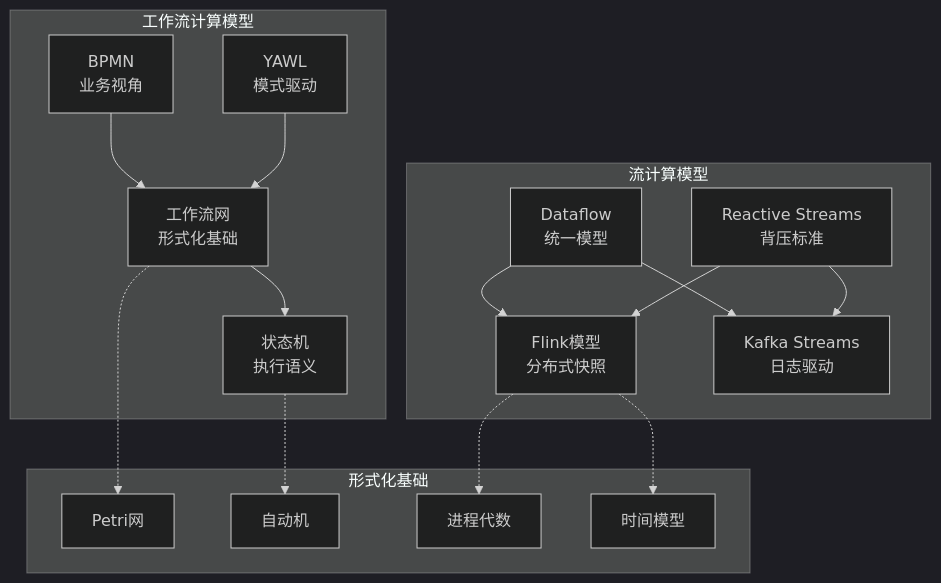
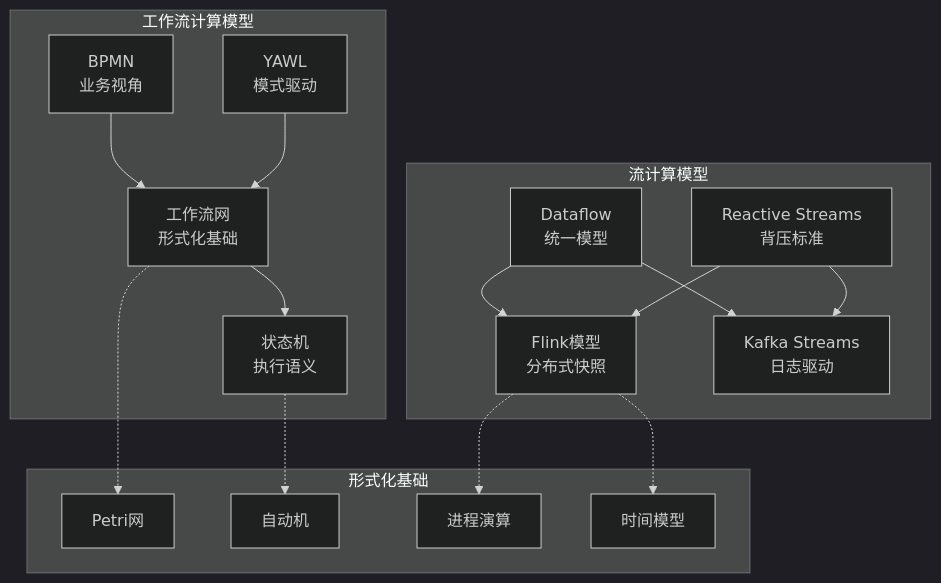
One commit to AdaMartin18010/AnalysisDataFlow changed the second of 5 diagrams in formal-methods/COMPARISON-WORKFLOW-VS-STREAM.md. Above: the diagram before and after it, drawn with Mermaid (dark theme). The commit also changed other lines of this file and 129 other files, not shown here.

````diff
--- a/formal-methods/COMPARISON-WORKFLOW-VS-STREAM.md
+++ b/formal-methods/COMPARISON-WORKFLOW-VS-STREAM.md
@@ -325,37 +325,37 @@
 ```mermaid
 graph TB
     subgraph "工作流计算模型"
     BPMN[BPMN<br/>业务视角]
     YAWL[YAWL<br/>模式驱动]
     PetriWF[工作流网<br/>形式化基础]
     StateWF[状态机<br/>执行语义]
 
     BPMN --> PetriWF
     YAWL --> PetriWF
     PetriWF --> StateWF
     end
 
     subgraph "流计算模型"
     Dataflow[Dataflow<br/>统一模型]
     FlinkML[Flink模型<br/>分布式快照]
     KafkaStreams[Kafka Streams<br/>日志驱动]
     Reactive[Reactive Streams<br/>背压标准]
 
     Dataflow --> FlinkML
     Dataflow --> KafkaStreams
     Reactive --> FlinkML
     Reactive --> KafkaStreams
     end
 
     subgraph "形式化基础"
     Petri[Petri网]
     Auto[自动机]
-    Process[进程代数]
+    Process[进程演算]
     Timed[时间模型]
 
     PetriWF -.-> Petri
     StateWF -.-> Auto
     FlinkML -.-> Process
     FlinkML -.-> Timed
     end
 ```
````
